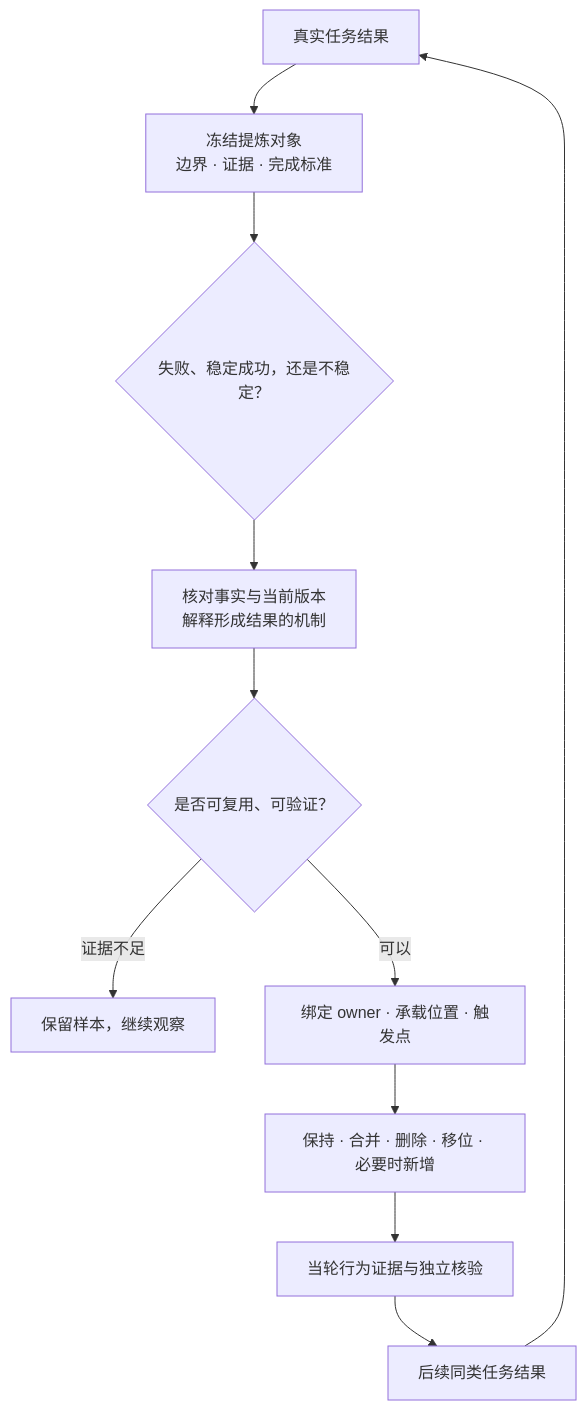
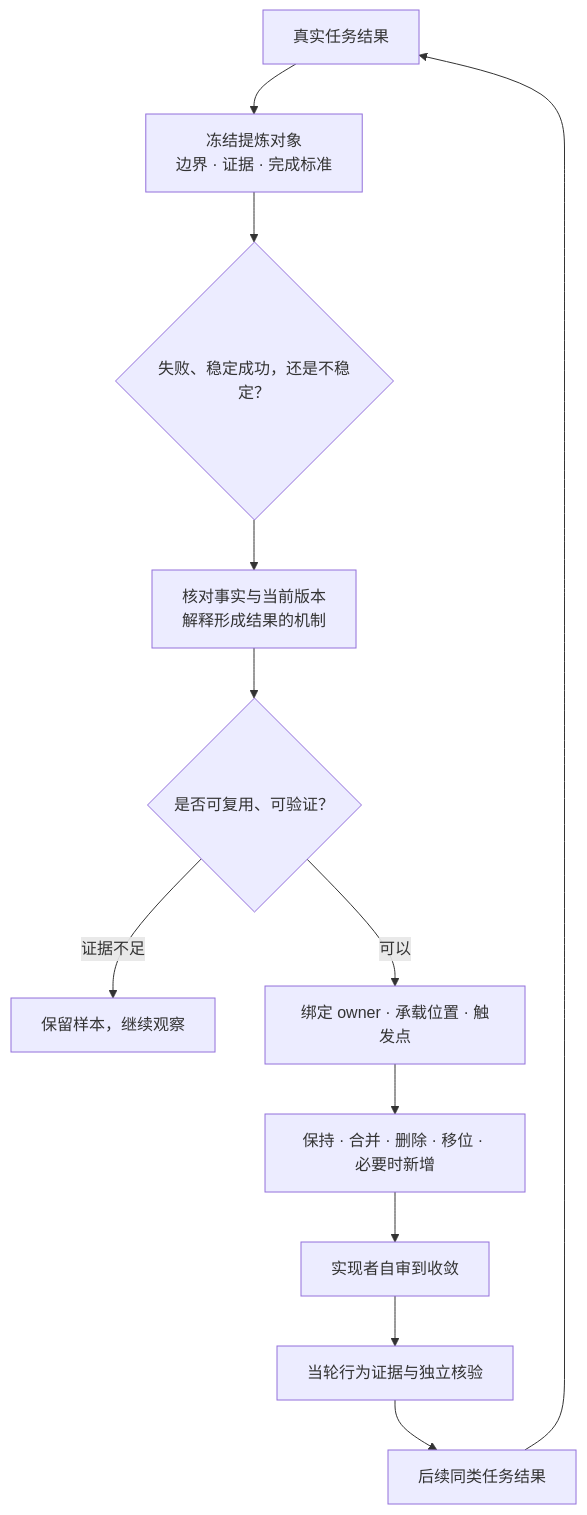
Before and after one commit to ccoalm/ccl-skills: the diagram in docs/skill-extraction-handbook.md, drawn with Mermaid. The commit also changed other lines of this file and 21 other files, not shown here.

````diff
--- a/docs/skill-extraction-handbook.md
+++ b/docs/skill-extraction-handbook.md
@@ -17,13 +17,14 @@
 ```mermaid
 flowchart TD
   A["真实任务结果"] --> B["冻结提炼对象<br/>边界 · 证据 · 完成标准"]
   B --> C{"失败、稳定成功，还是不稳定？"}
   C --> D["核对事实与当前版本<br/>解释形成结果的机制"]
   D --> E{"是否可复用、可验证？"}
   E -->|"证据不足"| N["保留样本，继续观察"]
   E -->|"可以"| F["绑定 owner · 承载位置 · 触发点"]
   F --> G["保持 · 合并 · 删除 · 移位 · 必要时新增"]
-  G --> H["当轮行为证据与独立核验"]
+  G --> S["实现者自审到收敛"]
+  S --> H["当轮行为证据与独立核验"]
   H --> I["后续同类任务结果"]
   I --> A
 ```
````
